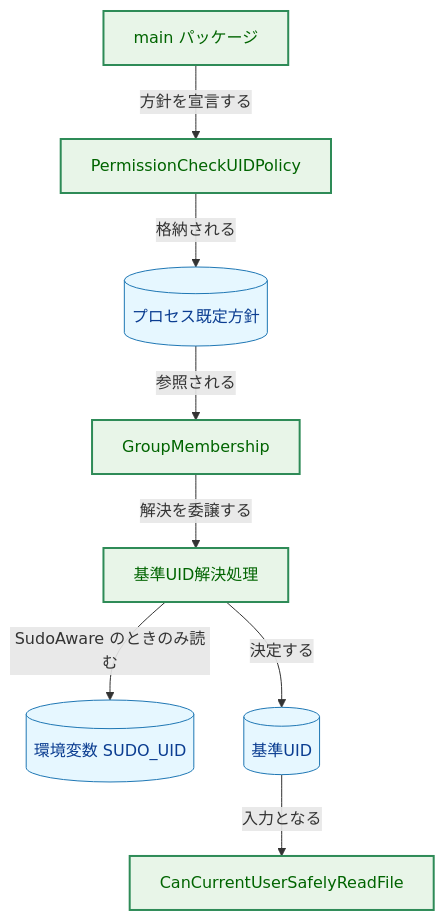
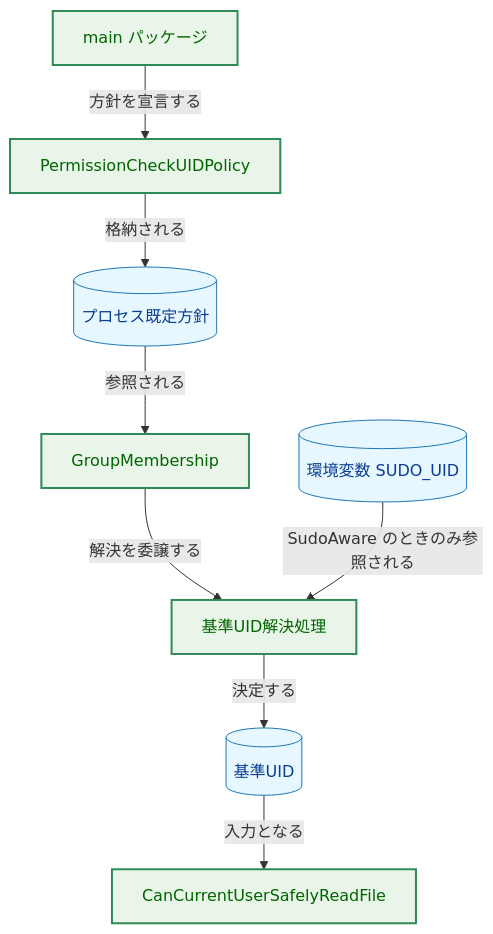
The first of 11 diagrams in docs/tasks/0160_permission_check_subject_explicit/02_architecture.md (isseis/go-safe-cmd-runner), drawn with Mermaid before and after one commit.

Commit message:
docs(0160): fix reversed data-flow arrow in concept model diagram
RES --> ENV had the arrow pointing from reader to source, opposite of
the diagram's own legend and every other data arrow in the same graph.

````diff
--- a/docs/tasks/0160_permission_check_subject_explicit/02_architecture.md
+++ b/docs/tasks/0160_permission_check_subject_explicit/02_architecture.md
@@ -47,25 +47,25 @@
 ```mermaid
 flowchart TD
     classDef data fill:#e6f7ff,stroke:#1f77b4,stroke-width:1px,color:#0b3d91;
     classDef enhanced fill:#e8f5e8,stroke:#2e8b57,stroke-width:2px,color:#006400;
 
     CMD["main パッケージ"]
     POL["PermissionCheckUIDPolicy"]
     PROC[("プロセス既定方針")]
     GM["GroupMembership"]
     RES["基準UID解決処理"]
     ENV[("環境変数 SUDO_UID")]
     UID[("基準UID")]
     CHK["CanCurrentUserSafelyReadFile"]
 
     CMD -->|"方針を宣言する"| POL
     POL -->|"格納される"| PROC
     PROC -->|"参照される"| GM
     GM -->|"解決を委譲する"| RES
-    RES -->|"SudoAware のときのみ読む"| ENV
+    ENV -->|"SudoAware のときのみ参照される"| RES
     RES -->|"決定する"| UID
     UID -->|"入力となる"| CHK
 
     class PROC,ENV,UID data
     class CMD,POL,GM,RES,CHK enhanced
 ```
````
